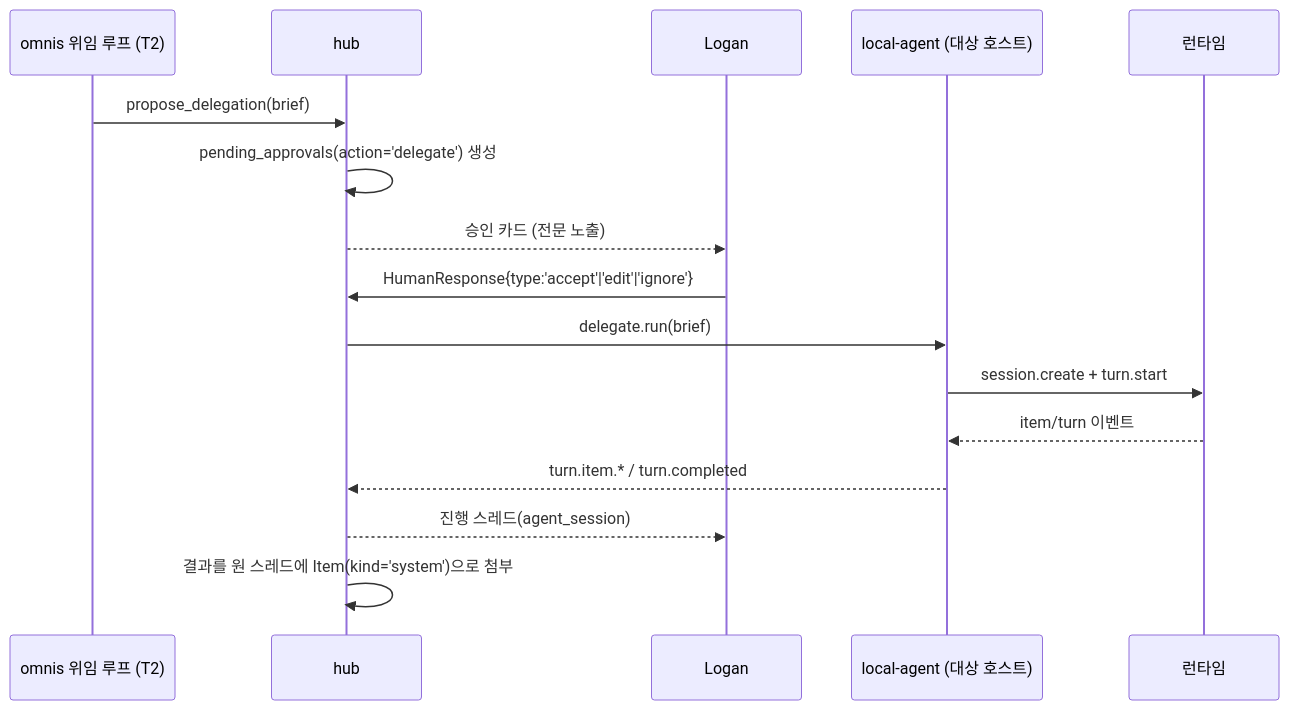
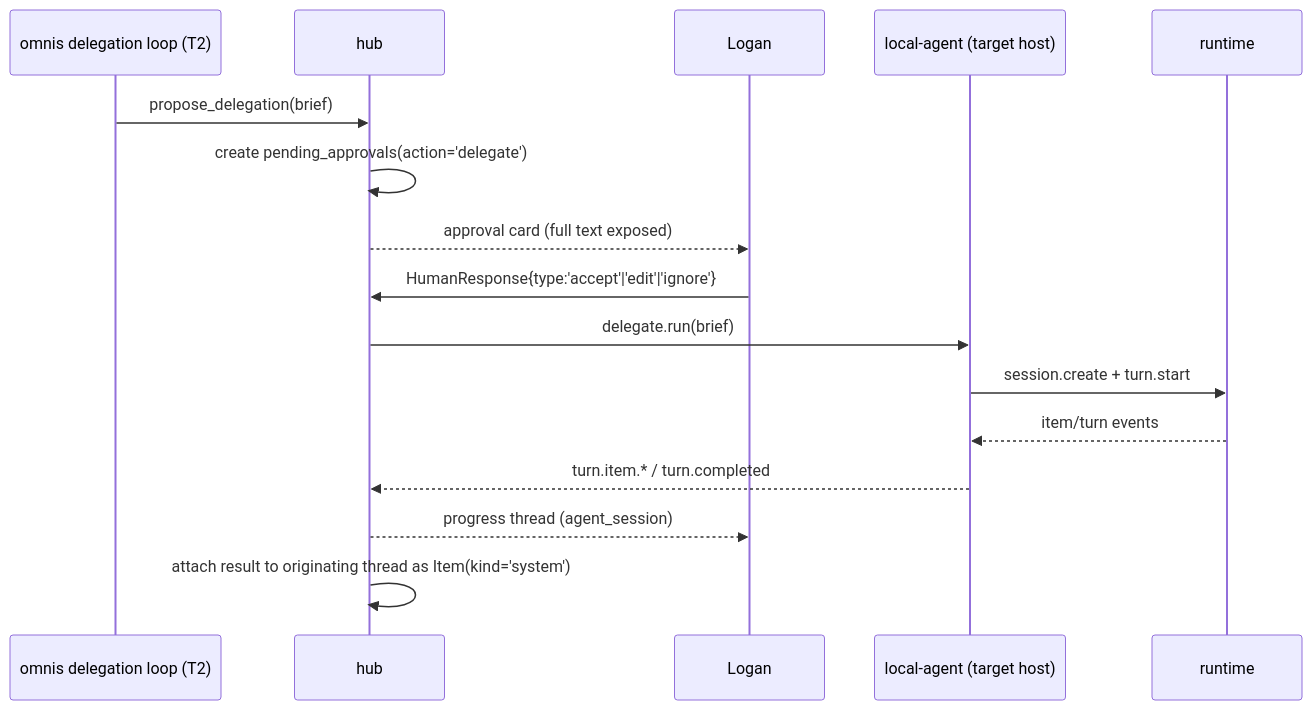
Before and after one commit to immensus-team/omnis: the diagram in docs/spec/A2-agent-session-bridge.md, drawn with Mermaid. The commit also changed other lines of this file, not shown here.

Commit message:
i18n(en): translate docs/spec/A2-agent-session-bridge

````diff
--- a/docs/spec/A2-agent-session-bridge.md
+++ b/docs/spec/A2-agent-session-bridge.md
@@ -446,18 +446,18 @@
 ```mermaid
 sequenceDiagram
-  participant L as omnis 위임 루프 (T2)
+  participant L as omnis delegation loop (T2)
   participant H as hub
   participant U as Logan
-  participant B as local-agent (대상 호스트)
-  participant R as 런타임
+  participant B as local-agent (target host)
+  participant R as runtime
   L->>H: propose_delegation(brief)
-  H->>H: pending_approvals(action='delegate') 생성
-  H-->>U: 승인 카드 (전문 노출)
+  H->>H: create pending_approvals(action='delegate')
+  H-->>U: approval card (full text exposed)
   U->>H: HumanResponse{type:'accept'|'edit'|'ignore'}
   H->>B: delegate.run(brief)
   B->>R: session.create + turn.start
-  R-->>B: item/turn 이벤트
+  R-->>B: item/turn events
   B-->>H: turn.item.* / turn.completed
-  H-->>U: 진행 스레드(agent_session)
-  H->>H: 결과를 원 스레드에 Item(kind='system')으로 첨부
+  H-->>U: progress thread (agent_session)
+  H->>H: attach result to originating thread as Item(kind='system')
 ```
````
